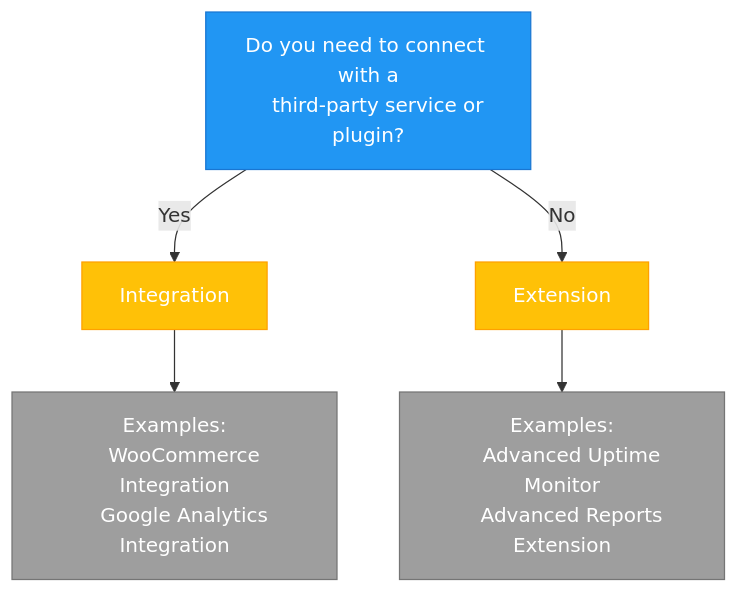
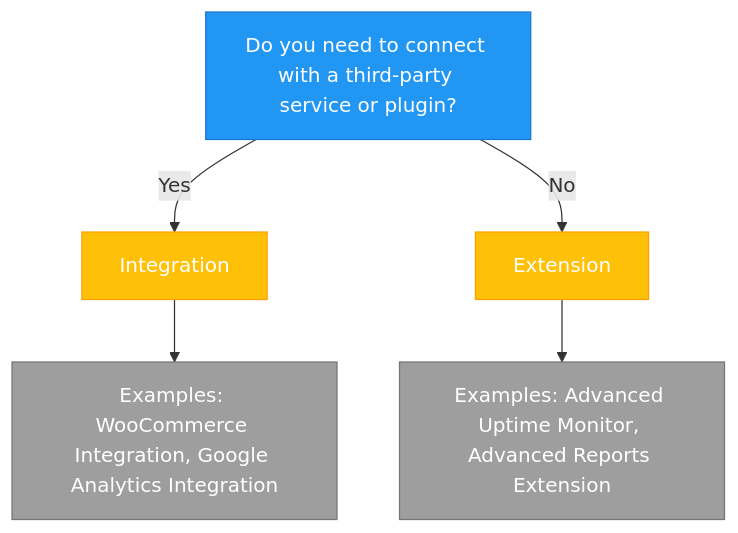
One commit to mainwp/mainwp.dev changed the second of 2 diagrams in guides/templates/getting-started-template.md. Above: the diagram before and after it, drawn with Mermaid.

```diff
--- a/guides/templates/getting-started-template.md
+++ b/guides/templates/getting-started-template.md
@@ -77,24 +77,13 @@
 <div class="mermaid">
 flowchart TD
-    A["Do you need to connect with a
-    third-party service or plugin?"]
-    B[Integration]
-    C[Extension]
-    D["Examples:
-    WooCommerce Integration
-    Google Analytics Integration"]
-    E["Examples:
-    Advanced Uptime Monitor
-    Advanced Reports Extension"]
-    
-    A -->|Yes| B
-    A -->|No| C
-    B --> D
-    C --> E
+    A[Do you need to connect with a third-party service or plugin?] -->|Yes| B[Integration]
+    A -->|No| C[Extension]
+    B --> D[Examples: WooCommerce Integration, Google Analytics Integration]
+    C --> E[Examples: Advanced Uptime Monitor, Advanced Reports Extension]
     
     style A fill:#2196F3,stroke:#1976D2,color:white
     style B fill:#FFC107,stroke:#FFA000,color:white
     style C fill:#FFC107,stroke:#FFA000,color:white
     style D fill:#9E9E9E,stroke:#757575,color:white
     style E fill:#9E9E9E,stroke:#757575,color:white
 </div>
```
